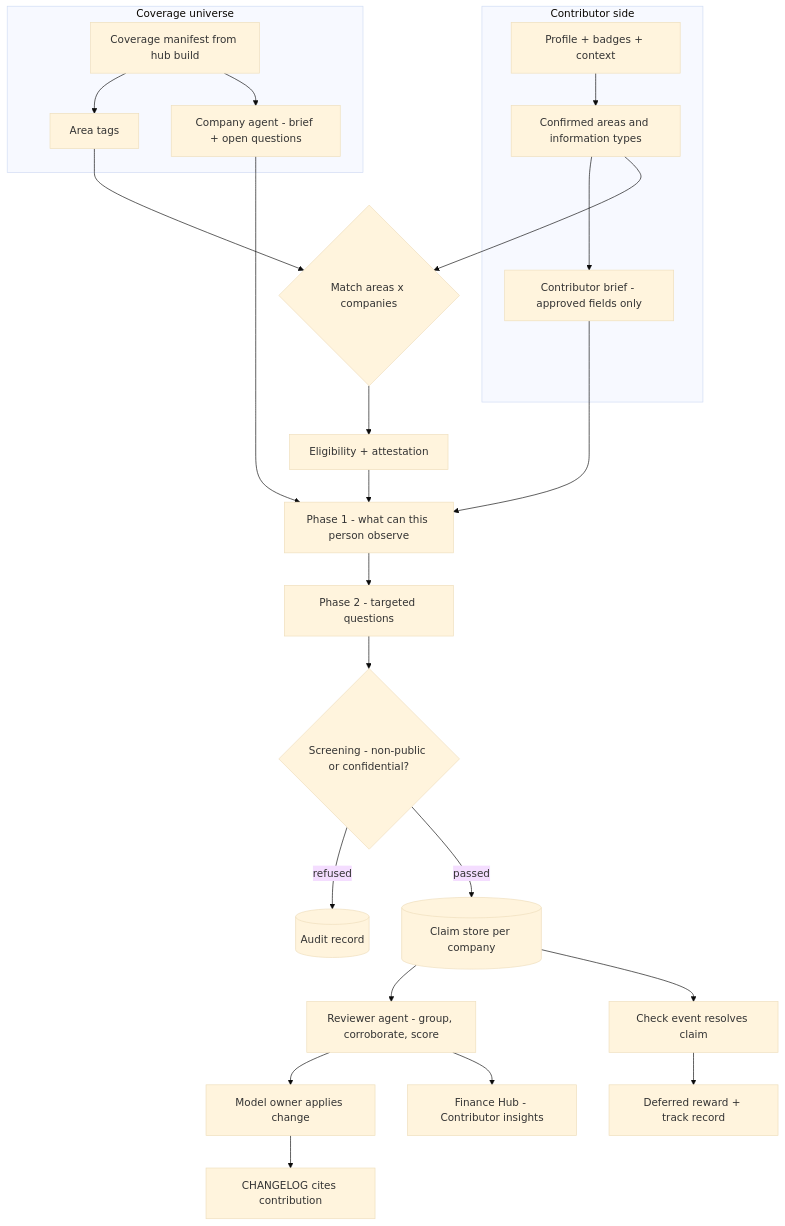
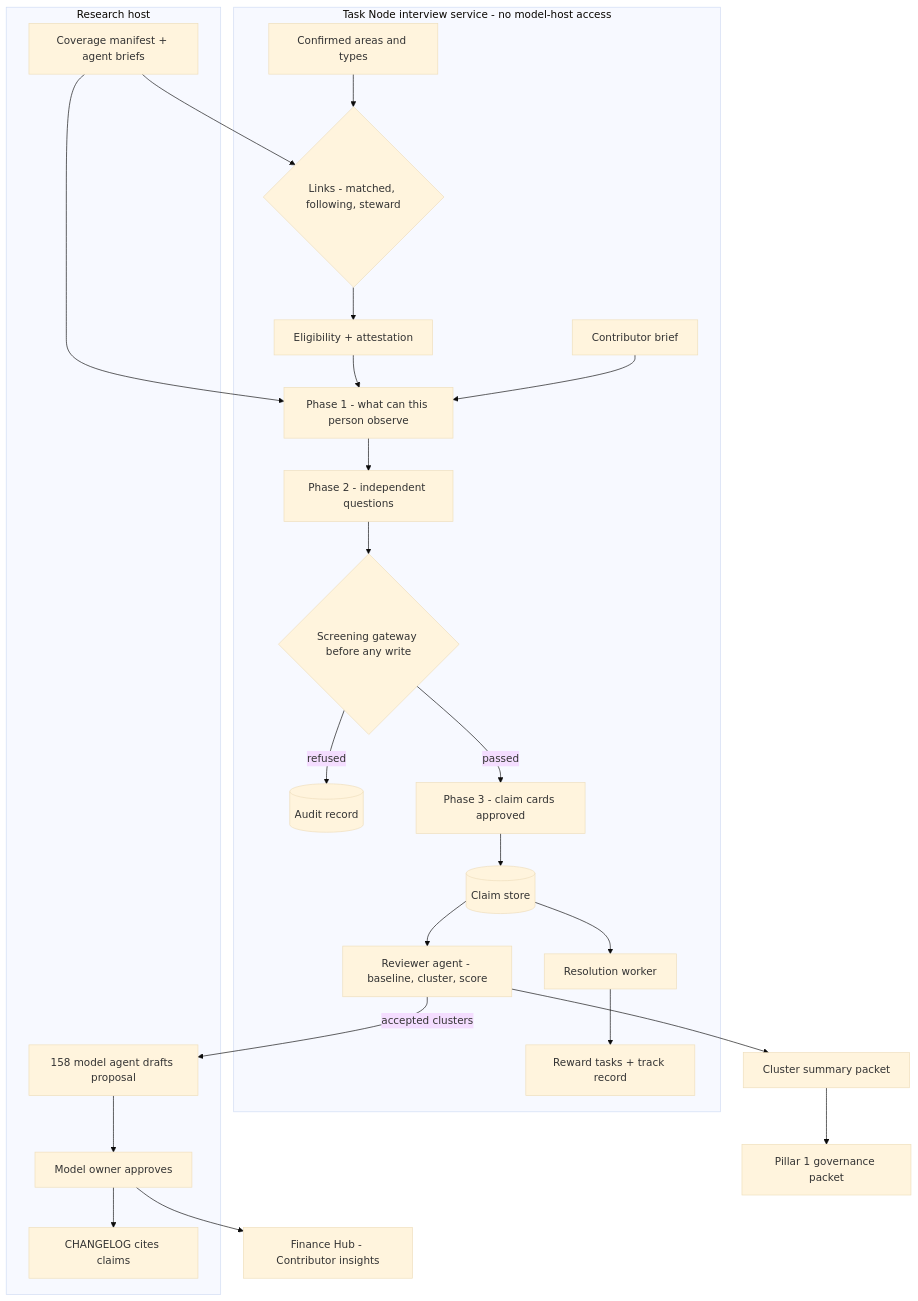
The diagram in big_milestone/pillars/10-information-hive-mind.md (postfiatorg/postfiatl1v2), drawn with Mermaid (base theme) before and after one commit. The commit also changed other lines of this file and 22 other files, not shown here.

````diff
--- a/big_milestone/pillars/10-information-hive-mind.md
+++ b/big_milestone/pillars/10-information-hive-mind.md
@@ -47,27 +46,27 @@
 ```mermaid
 flowchart TB
-    subgraph Contributor side
-      P["Profile + badges + context"] --> KA["Confirmed areas and information types"]
-      KA --> CB["Contributor brief - approved fields only"]
+    subgraph TN["Task Node interview service - no model-host access"]
+      KA["Confirmed areas and types"] --> LINK{"Links - matched, following, steward"}
+      LINK --> ATT["Eligibility + attestation"]
+      ATT --> Q1["Phase 1 - what can this person observe"]
+      CB["Contributor brief"] --> Q1
+      Q1 --> Q2["Phase 2 - independent questions"]
+      Q2 --> GW{"Screening gateway before any write"}
+      GW -- refused --> LOG[("Audit record")]
+      GW -- passed --> Q3["Phase 3 - claim cards approved"]
+      Q3 --> CS[("Claim store")]
+      CS --> RA["Reviewer agent - baseline, cluster, score"]
+      CS --> RES["Resolution worker"]
+      RES --> RW["Reward tasks + track record"]
     end
-    subgraph Coverage universe
-      CU["Coverage manifest from hub build"] --> CA[Area tags]
-      CU --> AG["Company agent - brief + open questions"]
+    subgraph RH["Research host"]
+      CU["Coverage manifest + agent briefs"]
+      MA["158 model agent drafts proposal"] --> OWN["Model owner approves"]
+      OWN --> CL["CHANGELOG cites claims"]
     end
-    KA --> MATCH{"Match areas x companies"}
-    CA --> MATCH
-    MATCH --> ATT["Eligibility + attestation"]
-    ATT --> Q1["Phase 1 - what can this person observe"]
-    CB --> Q1
-    AG --> Q1
-    Q1 --> Q2["Phase 2 - targeted questions"]
-    Q2 --> SCR{"Screening - non-public or confidential?"}
-    SCR -- refused --> LOG[("Audit record")]
-    SCR -- passed --> CS[("Claim store per company")]
-    CS --> RA["Reviewer agent - group, corroborate, score"]
-    RA --> OWN["Model owner applies change"]
-    OWN --> CL["CHANGELOG cites contribution"]
-    CS --> CHK["Check event resolves claim"]
-    CHK --> RW["Deferred reward + track record"]
-    RA --> FH["Finance Hub - Contributor insights"]
+    CU --> LINK
+    CU --> Q1
+    RA -- "accepted clusters" --> MA
+    OWN --> FH["Finance Hub - Contributor insights"]
+    RA --> PUB["Cluster summary packet"] --> GOV["Pillar 1 governance packet"]
 ```
````
